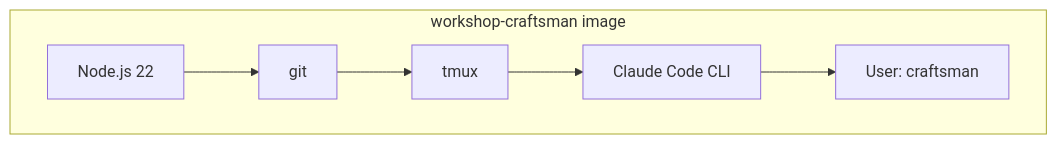
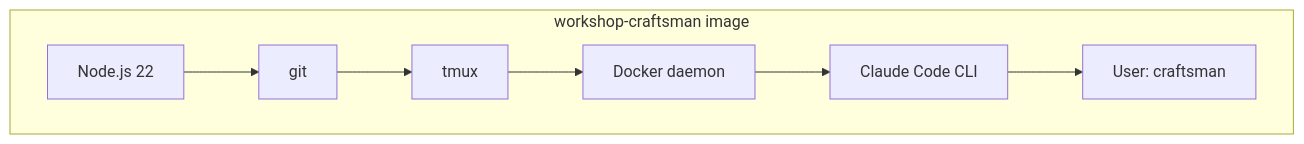
Before and after one commit to marcus-gc/workshop: the fourth of 8 diagrams in documentation/key_concepts/architecture.md, drawn with Mermaid. The commit also changed other lines of this file and 10 other files, not shown here.

````diff
--- a/documentation/key_concepts/architecture.md
+++ b/documentation/key_concepts/architecture.md
@@ -67,11 +91,12 @@
 ```mermaid
 flowchart TD
   subgraph Image["workshop-craftsman image"]
     N[Node.js 22] --> G[git]
     G --> TM[tmux]
-    TM --> CC[Claude Code CLI]
+    TM --> DK[Docker daemon]
+    DK --> CC[Claude Code CLI]
     CC --> U[User: craftsman]
   end
 
   click Image href "#" "server/Dockerfile.craftsman"
 ```
````
